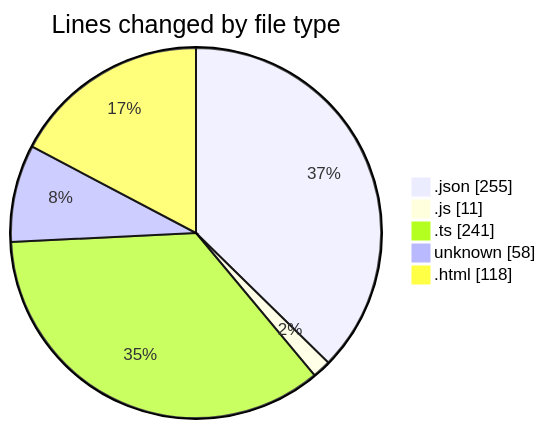
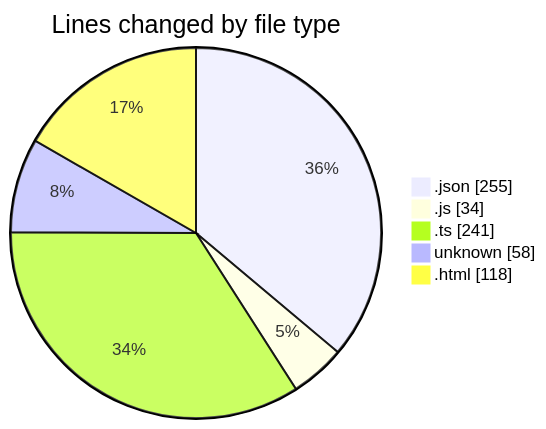
The first of 2 diagrams in 2025-05-12/news-clock-system-caspercg/README.md (momahboobian/code-tracking), drawn with Mermaid before and after one commit. The commit also changed other lines of this file and 1 other file, not shown here.

````diff
--- a/2025-05-12/news-clock-system-caspercg/README.md
+++ b/2025-05-12/news-clock-system-caspercg/README.md
@@ -30,9 +31,9 @@
 ```mermaid
 pie showData
 title Lines changed by file type
 ".json" : 255
-".js" : 11
+".js" : 34
 ".ts" : 241
 "unknown" : 58
 ".html" : 118
 ```
````
